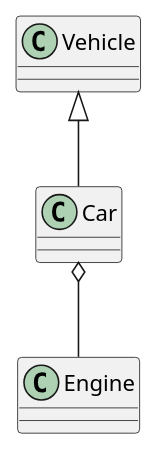
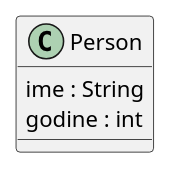
One commit to SrdjanB333/UMLtoRust changed the diagram in umlDiagram-Rust/examples/zad1.puml. Above: the diagram before and after it, drawn with PlantUML. The commit also changed 18 other files, not shown here.

```diff
--- a/umlDiagram-Rust/examples/zad1.puml
+++ b/umlDiagram-Rust/examples/zad1.puml
@@ -1,16 +1,8 @@
 @startuml
 
-class Vehicle {
-
+class Person {
+    ime : String
+    godine : int
 }
 
-class Car {
-
-}
-
-
-Car o-- Engine
-
-Vehicle <|-- Car
-
 @enduml
```
